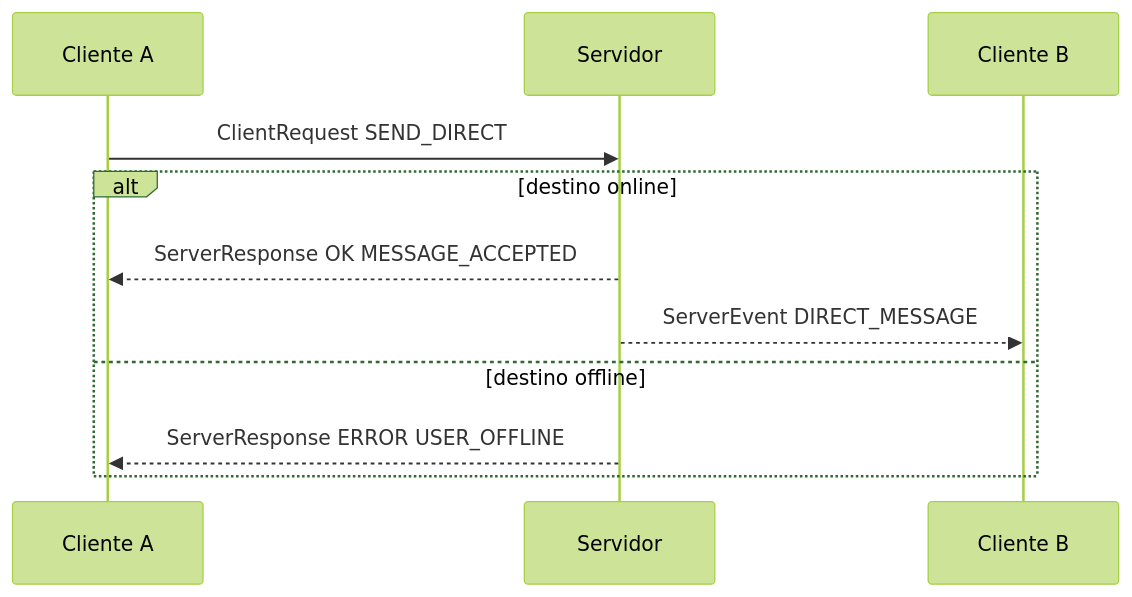
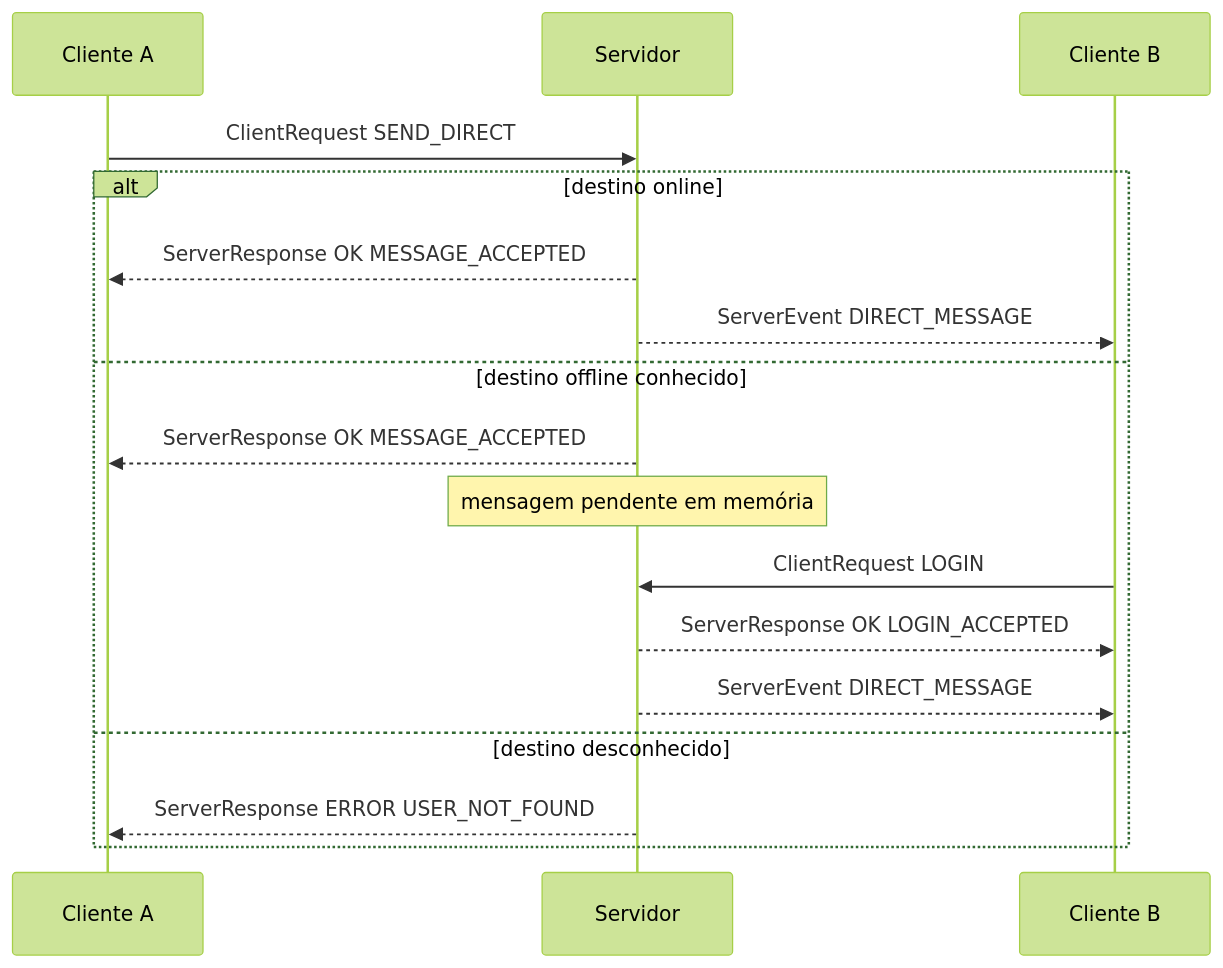
Diagram 13 of 16 in docs/protocolo.md (eikefab/chat-sockets), drawn with Mermaid (forest theme) before and after one commit. The commit also changed other lines of this file and 7 other files, not shown here.

````diff
--- a/docs/protocolo.md
+++ b/docs/protocolo.md
@@ -504,13 +504,19 @@
 ```mermaid
 sequenceDiagram
   participant A as Cliente A
   participant S as Servidor
   participant B as Cliente B
   A->>S: ClientRequest SEND_DIRECT
   alt destino online
     S-->>A: ServerResponse OK MESSAGE_ACCEPTED
     S-->>B: ServerEvent DIRECT_MESSAGE
-  else destino offline
-    S-->>A: ServerResponse ERROR USER_OFFLINE
+  else destino offline conhecido
+    S-->>A: ServerResponse OK MESSAGE_ACCEPTED
+    Note over S: mensagem pendente em memória
+    B->>S: ClientRequest LOGIN
+    S-->>B: ServerResponse OK LOGIN_ACCEPTED
+    S-->>B: ServerEvent DIRECT_MESSAGE
+  else destino desconhecido
+    S-->>A: ServerResponse ERROR USER_NOT_FOUND
   end
 ```
````
